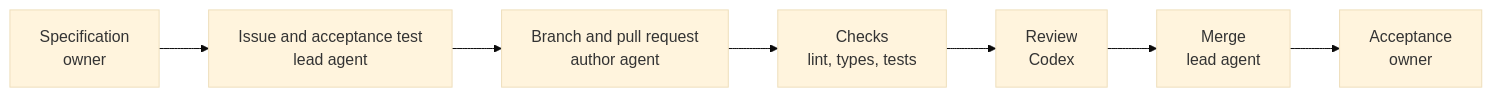
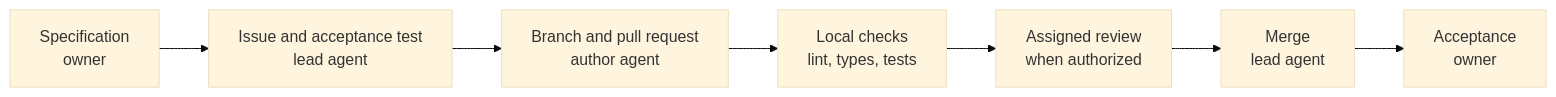
Before and after one commit to hawkxdev/reply-assistant: the diagram in README.md, drawn with Mermaid (base theme). The commit also changed other lines of this file and 5 other files, not shown here.

````diff
--- a/README.md
+++ b/README.md
@@ -147,9 +158,9 @@
 ```mermaid
 flowchart LR
     S[Specification<br/>owner] --> I[Issue and acceptance test<br/>lead agent]
     I --> A[Branch and pull request<br/>author agent]
-    A --> C[Checks<br/>lint, types, tests]
-    C --> R[Review<br/>Codex]
+    A --> C[Local checks<br/>lint, types, tests]
+    C --> R[Assigned review<br/>when authorized]
     R --> M[Merge<br/>lead agent]
     M --> P[Acceptance<br/>owner]
 ```
````
